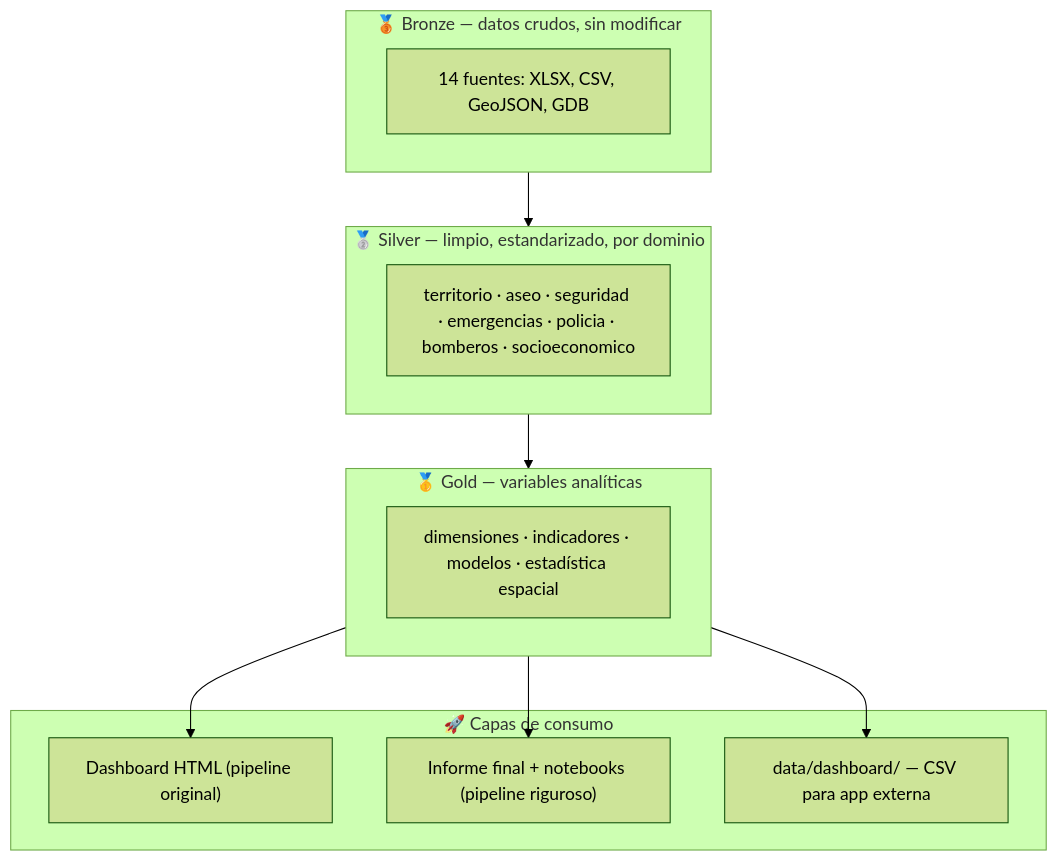
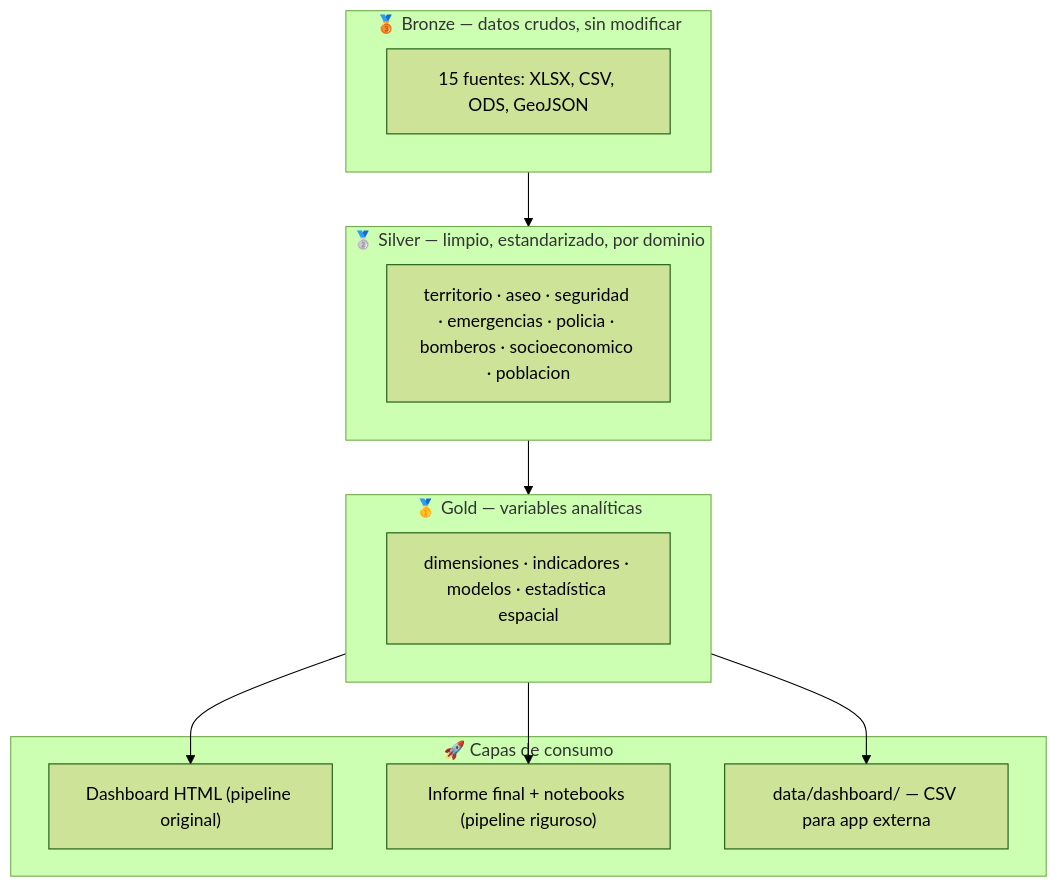
The diagram in README.md (NacisCric-2908/DataJamBlackStar), drawn with Mermaid (forest theme) before and after one commit. The commit also changed other lines of this file and 59 other files, not shown here.

````diff
--- a/README.md
+++ b/README.md
@@ -90,18 +91,18 @@
 ```mermaid
 flowchart TD
     subgraph Bronze ["🥉 Bronze — datos crudos, sin modificar"]
-        B["14 fuentes: XLSX, CSV, GeoJSON, GDB"]
+        B["15 fuentes: XLSX, CSV, ODS, GeoJSON"]
     end
     subgraph Silver ["🥈 Silver — limpio, estandarizado, por dominio"]
-        S["territorio · aseo · seguridad · emergencias · policia · bomberos · socioeconomico"]
+        S["territorio · aseo · seguridad · emergencias · policia · bomberos · socioeconomico · poblacion"]
     end
     subgraph Gold ["🥇 Gold — variables analíticas"]
         G["dimensiones · indicadores · modelos · estadística espacial"]
     end
     subgraph Consumo ["🚀 Capas de consumo"]
         D1["Dashboard HTML (pipeline original)"]
         D2["Informe final + notebooks (pipeline riguroso)"]
         D3["data/dashboard/ — CSV para app externa"]
     end
     Bronze --> Silver --> Gold --> D1 & D2 & D3
 ```
````
